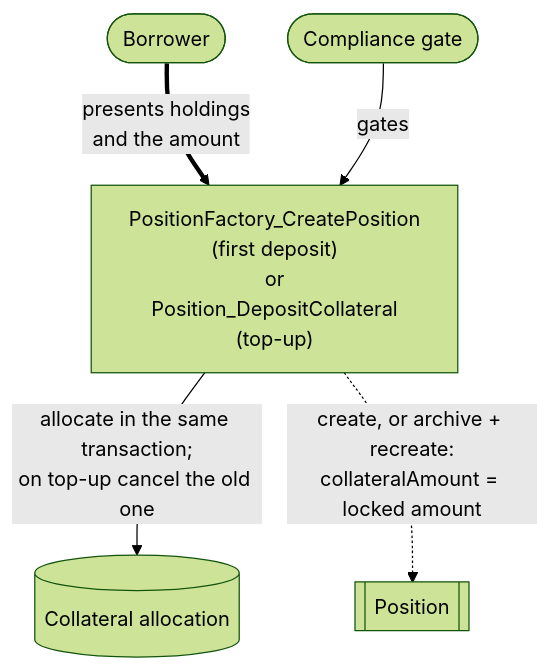
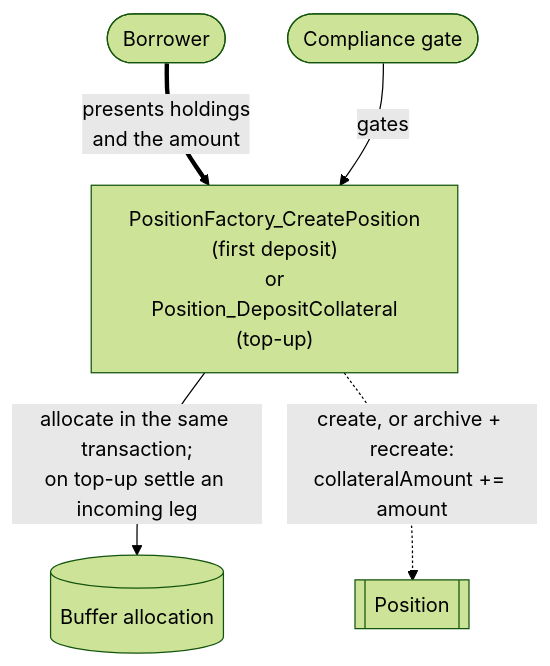
Before and after one commit to OpenZeppelin/canton-specs: the second of 7 diagrams in docs/reference-architectures/lending.md, drawn with Mermaid (forest theme). The commit also changed other lines of this file, not shown here.

Commit message:
Clarify which allocations each one is. Add spacing in diagrams and change colors in sequence diagrams.

````diff
--- a/docs/reference-architectures/lending.md
+++ b/docs/reference-architectures/lending.md
@@ -275,13 +275,13 @@
 ```mermaid
 flowchart TD
     Borrower([Borrower])
     Compliance(["Compliance gate"])
     Choice["PositionFactory_CreatePosition<br/>(first deposit)<br/>or<br/>Position_DepositCollateral<br/>(top-up)"]
     Position[["Position"]]
-    Collateral[("Collateral allocation")]
+    Collateral[("Buffer allocation")]
 
     Borrower ==>|"presents holdings<br/>and the amount"| Choice
     Compliance -->|"gates"| Choice
-    Choice -->|"allocate in the same transaction;<br/>on top-up cancel the old one"| Collateral
-    Choice -.->|"create, or archive + recreate:<br/>collateralAmount = locked amount"| Position
+    Choice -->|"allocate in the same transaction;<br/>on top-up settle an incoming leg"| Collateral
+    Choice -.->|"create, or archive + recreate:<br/>collateralAmount += amount"| Position
 ```
````
